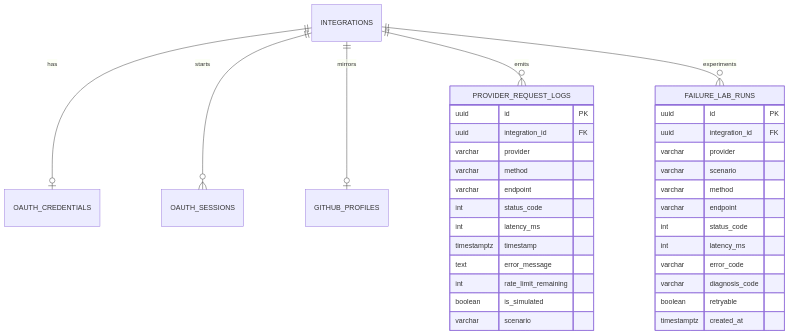
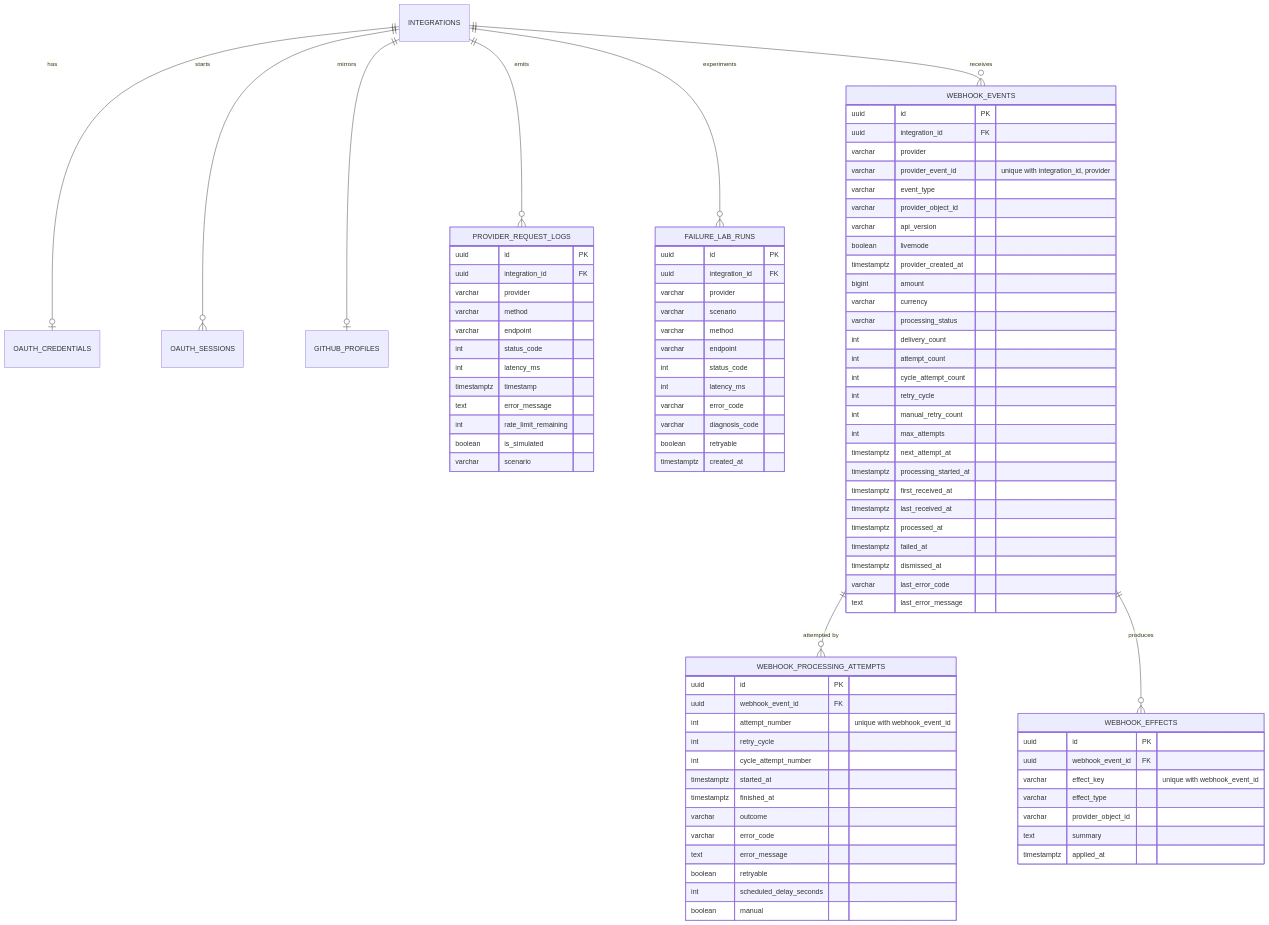
The diagram in docs/database.md (ManpreetS2/IntegrationLab), drawn with Mermaid before and after one commit. The commit also changed other lines of this file and 34 other files, not shown here.

First line of the commit message:
feat: add Stripe webhook reliability and retry processing

````diff
--- a/docs/database.md
+++ b/docs/database.md
@@ -22,6 +25,9 @@
   INTEGRATIONS ||--o| GITHUB_PROFILES : mirrors
   INTEGRATIONS ||--o{ PROVIDER_REQUEST_LOGS : emits
   INTEGRATIONS ||--o{ FAILURE_LAB_RUNS : experiments
+  INTEGRATIONS ||--o{ WEBHOOK_EVENTS : receives
+  WEBHOOK_EVENTS ||--o{ WEBHOOK_PROCESSING_ATTEMPTS : "attempted by"
+  WEBHOOK_EVENTS ||--o{ WEBHOOK_EFFECTS : produces
 
   PROVIDER_REQUEST_LOGS {
     uuid id PK
@@ -52,4 +58,60 @@
     boolean retryable
     timestamptz created_at
   }
+
+  WEBHOOK_EVENTS {
+    uuid id PK
+    uuid integration_id FK
+    varchar provider
+    varchar provider_event_id "unique with integration_id, provider"
+    varchar event_type
+    varchar provider_object_id
+    varchar api_version
+    boolean livemode
+    timestamptz provider_created_at
+    bigint amount
+    varchar currency
+    varchar processing_status
+    int delivery_count
+    int attempt_count
+    int cycle_attempt_count
+    int retry_cycle
+    int manual_retry_count
+    int max_attempts
+    timestamptz next_attempt_at
+    timestamptz processing_started_at
+    timestamptz first_received_at
+    timestamptz last_received_at
+    timestamptz processed_at
+    timestamptz failed_at
+    timestamptz dismissed_at
+    varchar last_error_code
+    text last_error_message
+  }
+
+  WEBHOOK_PROCESSING_ATTEMPTS {
+    uuid id PK
+    uuid webhook_event_id FK
+    int attempt_number "unique with webhook_event_id"
+    int retry_cycle
+    int cycle_attempt_number
+    timestamptz started_at
+    timestamptz finished_at
+    varchar outcome
+    varchar error_code
+    text error_message
+    boolean retryable
+    int scheduled_delay_seconds
+    boolean manual
+  }
+
+  WEBHOOK_EFFECTS {
+    uuid id PK
+    uuid webhook_event_id FK
+    varchar effect_key "unique with webhook_event_id"
+    varchar effect_type
+    varchar provider_object_id
+    text summary
+    timestamptz applied_at
+  }
 ```
````
